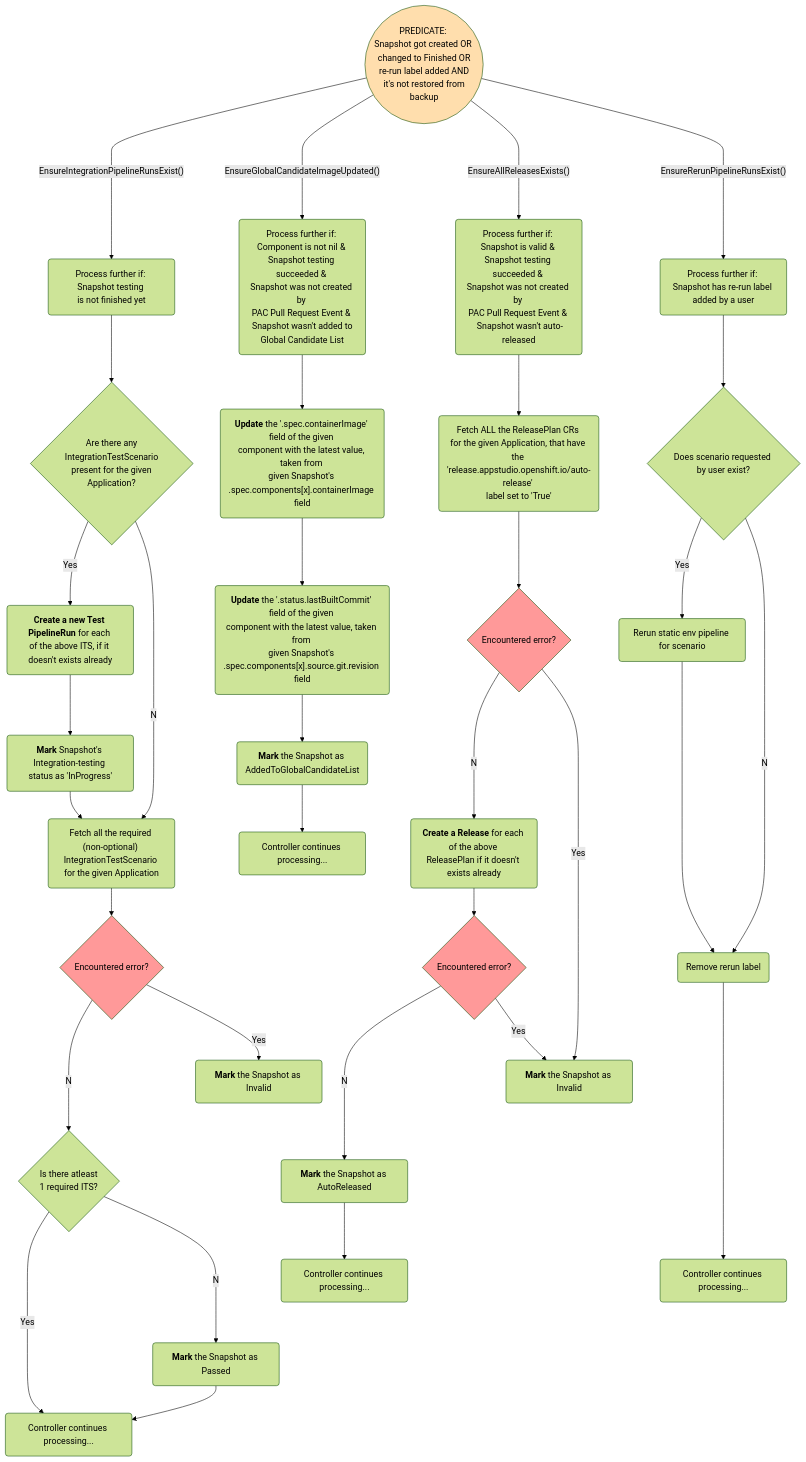
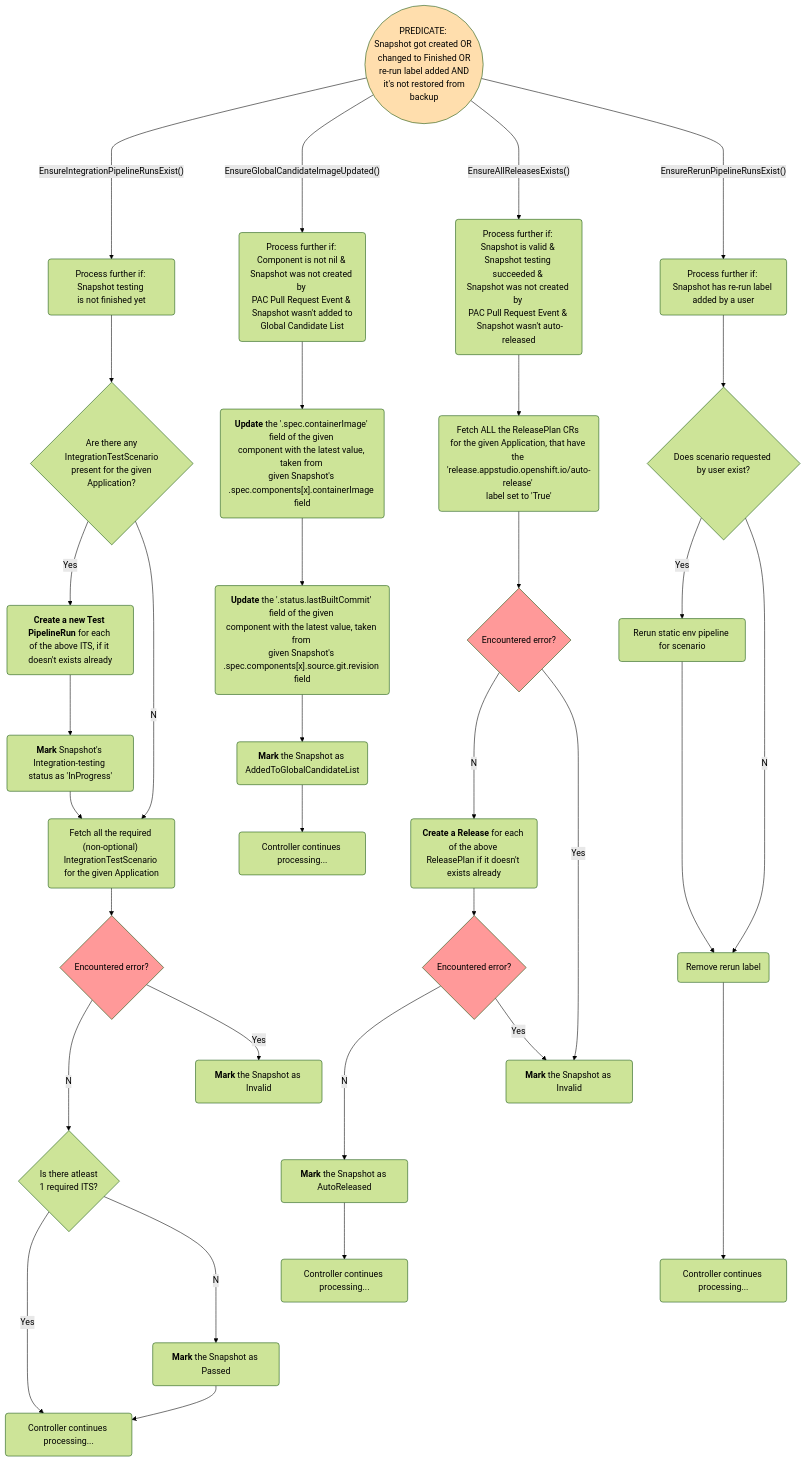
Before and after one commit to konflux-ci/integration-service: the diagram in docs/snapshot-controller.md, drawn with Mermaid. The commit also changed 2 other files, not shown here.

Commit message:
feat(STONEINTG-881): update GCL once snapshot is created
* Update global component list once the push snapshot is created for
  component, don't wait for the successful integration test any more
* Get container image from snapshot sicne we will have override
  snapshot in the future

```diff
--- a/docs/snapshot-controller.md
+++ b/docs/snapshot-controller.md
@@ -42,7 +42,7 @@
   %%%%%%%%%%%%%%%%%%%%%%% Drawing EnsureGlobalCandidateImageUpdated() function
 
   %% Node definitions
-  ensure2(Process further if: Component is not nil & <br>Snapshot testing succeeded & <br>Snapshot was not created by <br>PAC Pull Request Event & <br> Snapshot wasn't added to Global Candidate List)
+  ensure2(Process further if: Component is not nil & <br>Snapshot was not created by <br>PAC Pull Request Event & <br> Snapshot wasn't added to Global Candidate List)
   update_container_image("<b>Update</b> the '.spec.containerImage' field of the given <br>component with the latest value, taken from <br>given Snapshot's .spec.components[x].containerImage field")
   update_last_built_commit("<b>Update</b> the '.status.lastBuiltCommit' field of the given <br>component with the latest value, taken from <br>given Snapshot's .spec.components[x].source.git.revision field")
   mark_snapshot_added_to_GCL(<b>Mark</b> the Snapshot as AddedToGlobalCandidateList)
```
